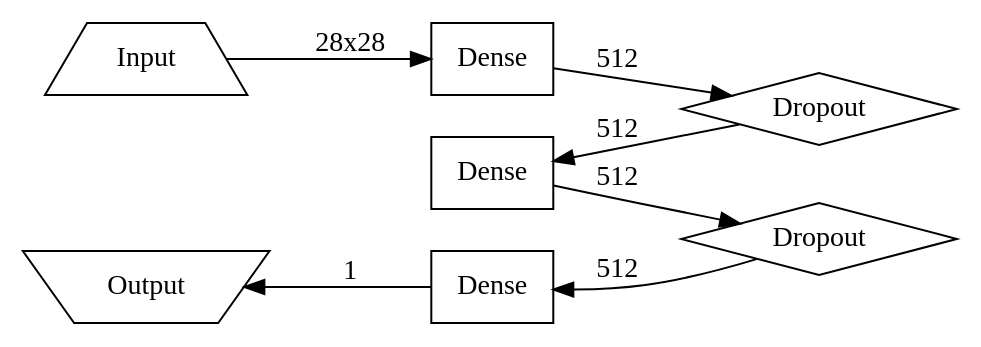
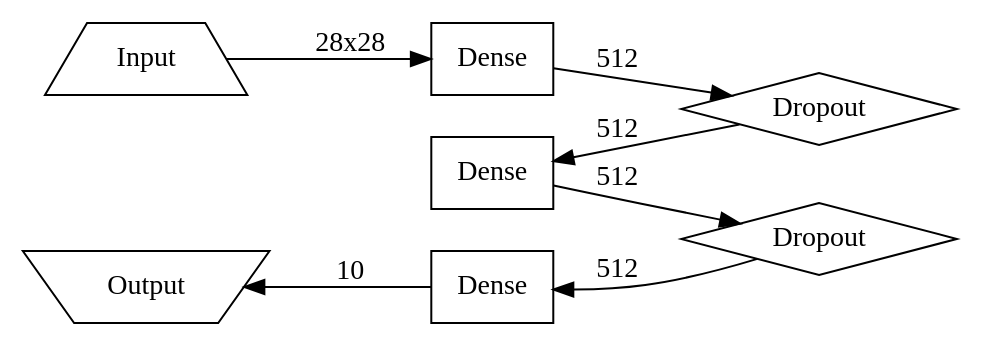
The diagram in tutorial/keras/Graphviz/draw_deep_mnist.gv (Superar/Lalic), drawn with Graphviz before and after one commit.

Commit message:
Atualização no label de um nó

```diff
--- a/tutorial/keras/Graphviz/draw_deep_mnist.gv
+++ b/tutorial/keras/Graphviz/draw_deep_mnist.gv
@@ -1,23 +1,23 @@
 digraph G
 {
 
   rankdir = LR;
 
   Input [shape=trapezium];
   Output [shape=invtrapezium];
   Dropout1 [shape=diamond, label="Dropout"];
   Dropout2 [shape=diamond, label="Dropout"]
   Dense1 [shape=box, label="Dense"]
   Dense2 [shape=box, label="Dense"]
   Dense3 [shape=box, label="Dense"]
 
   Input -> Dense1 [label="28x28"];
   Dense1 -> Dropout1 [label="512"];
   Dropout1 -> Dense2 [label="512"];
   Dense2 -> Dropout2 [label="512"];
   Dropout2 -> Dense3 [label="512"];
-  Dense3 -> Output [label="1"];
+  Dense3 -> Output [label="10"];
 
   {rank=same; Dense1; Dense2; Dense3;}
   {rank=same; Input; Output;}
 }
```
